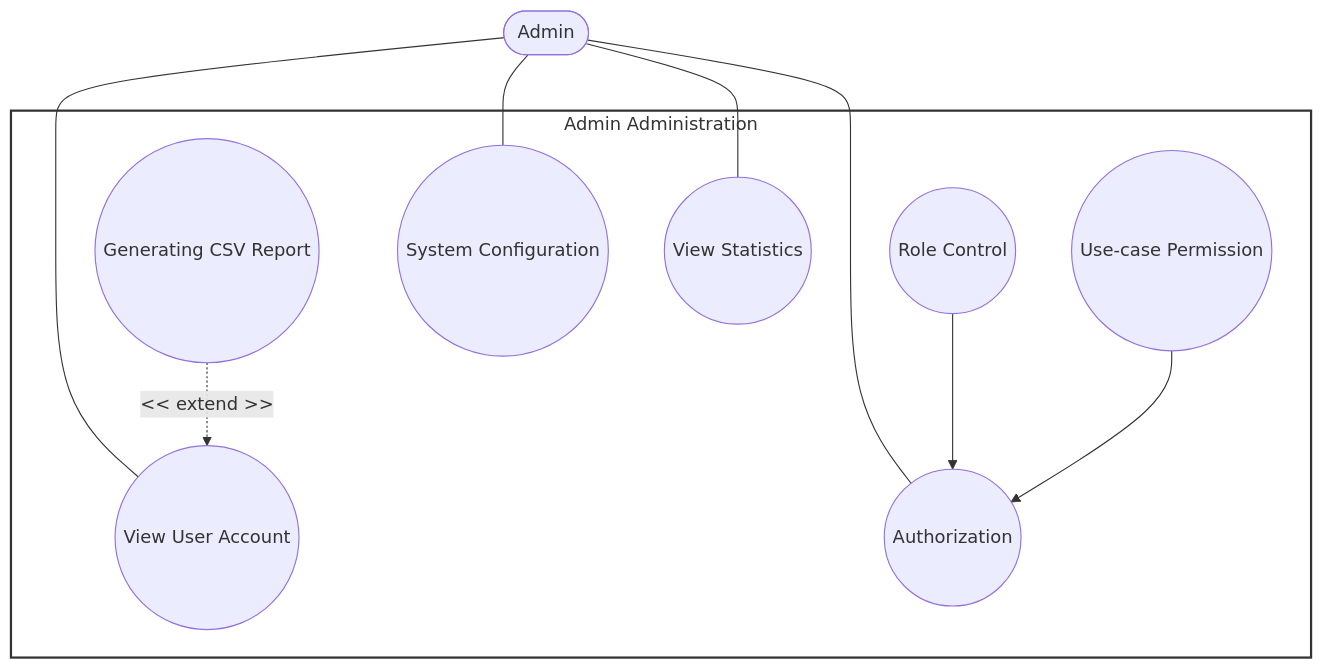
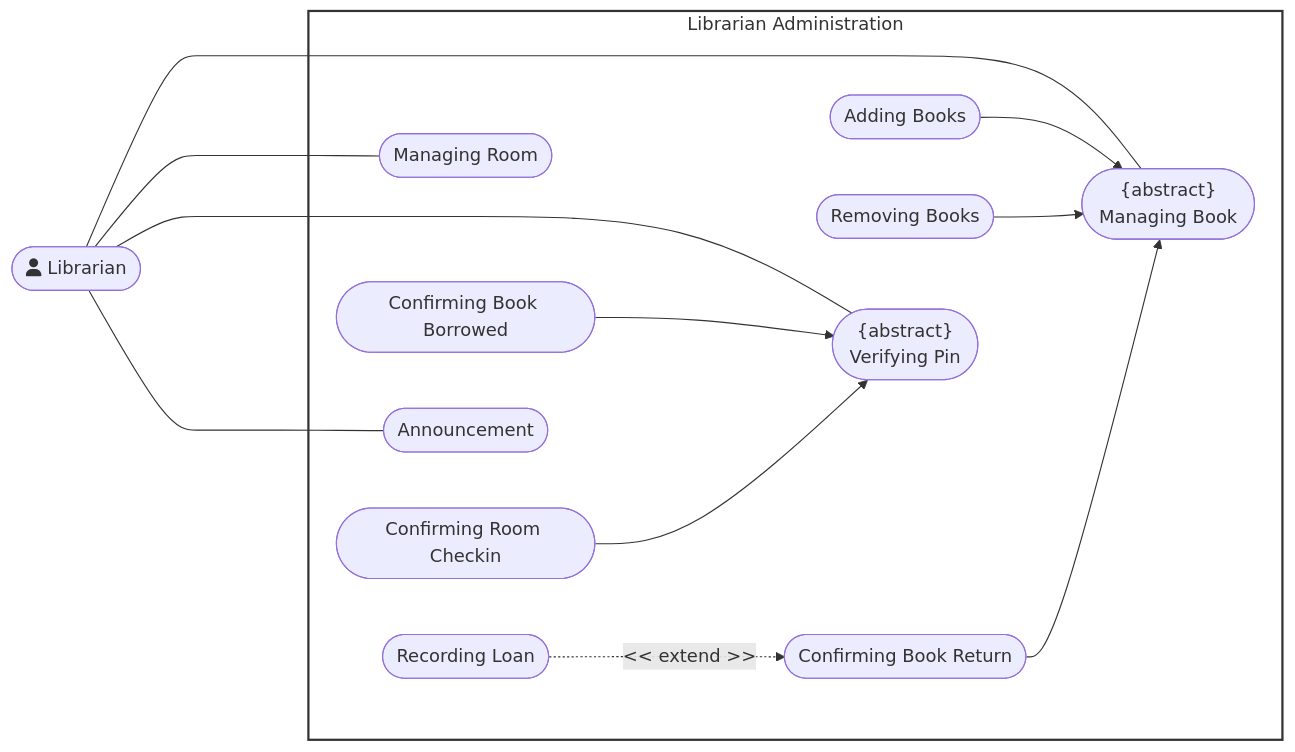
The eighth of 9 diagrams in docs/management/PA3/Use-CaseDiagram.md (DuyNhat1705/AmeThyst-Library), drawn with Mermaid before and after one commit. The commit also changed other lines of this file, not shown here.

Commit message:
update icon for UC diagram

````diff
--- a/docs/management/PA3/Use-CaseDiagram.md
+++ b/docs/management/PA3/Use-CaseDiagram.md
@@ -329,19 +333,26 @@
-```mermaid
-flowchart TD
- subgraph AdminAdministration["Admin Administration"]
-        UC1(("View User Account"))
-        UC2(("Generating CSV Report"))
-        UC3(("Authorization"))
-        UC4(("Role Control"))
-        UC5(("Use-case Permission"))
-        UC6(("System Configuration"))
-        UC7(("View Statistics"))
+``` mermaid
+flowchart LR
+ subgraph LibrarianAdministration["Librarian Administration"]
+        UC1(["<center>{abstract}<br>Managing Book</center>"])
+        UC2(["Adding Books"])
+        UC3(["Removing Books"])
+        UC4(["Confirming Book Return"])
+        UC5(["Recording Loan"])
+        UC6(["Managing Room"])
+        UC7(["<center>{abstract}<br>Verifying Pin</center>"])
+        UC8(["Confirming Book Borrowed"])
+        UC9(["Confirming Room Checkin"])
+        UC10(["Announcement"])
   end
-    Admin(["Admin"]) ~~~~ AdminAdministration
-    Admin --- UC1 & UC3 & UC6 & UC7
-    UC2 -. &lt;&lt; extend &gt;&gt; .-> UC1
-    UC4 --> UC3
-    UC5 --> UC3
+    Librarian(["fa:fa-user Librarian"]) ======= LibrarianAdministration
+    Librarian --- UC1 & UC6 & UC7 & UC10
+    UC2 --> UC1
+    UC3 --> UC1
+    UC4 --> UC1
+    UC8 --> UC7
+    UC9 --> UC7
+    UC5 -. &lt;&lt; extend &gt;&gt; .-> UC4
 
-    style AdminAdministration fill:#fff,stroke:#333,stroke-width:2px
+    style LibrarianAdministration fill:#fff,stroke:#333,stroke-width:2px
+    linkStyle 0 stroke:transparent
 ```
````
